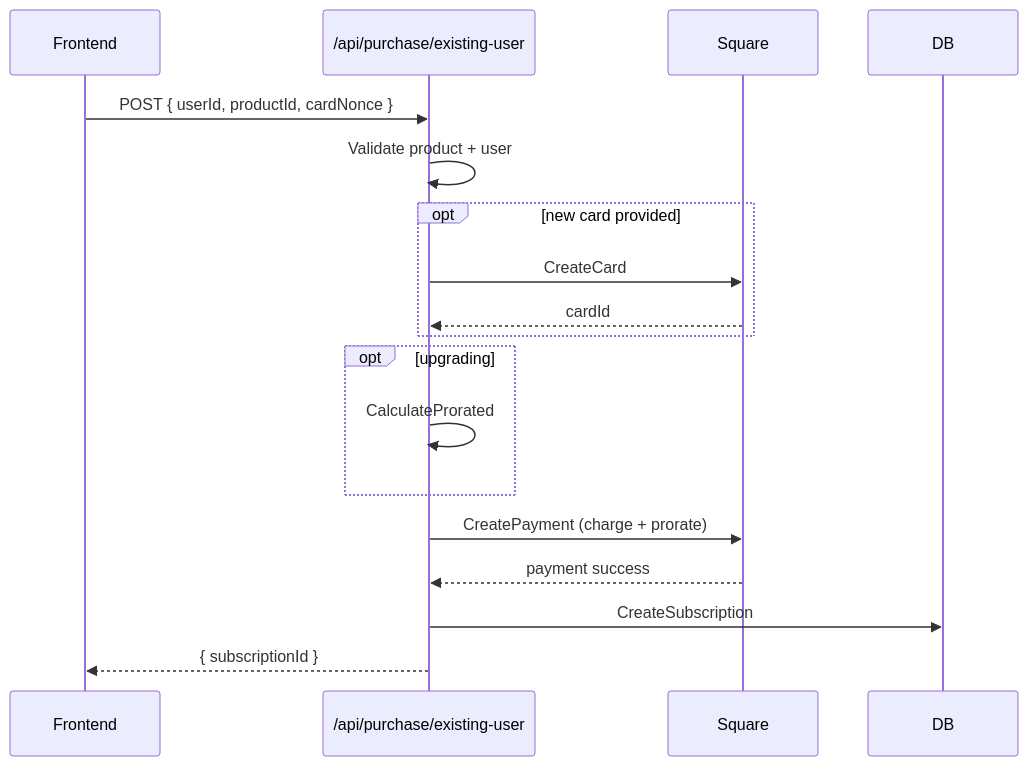
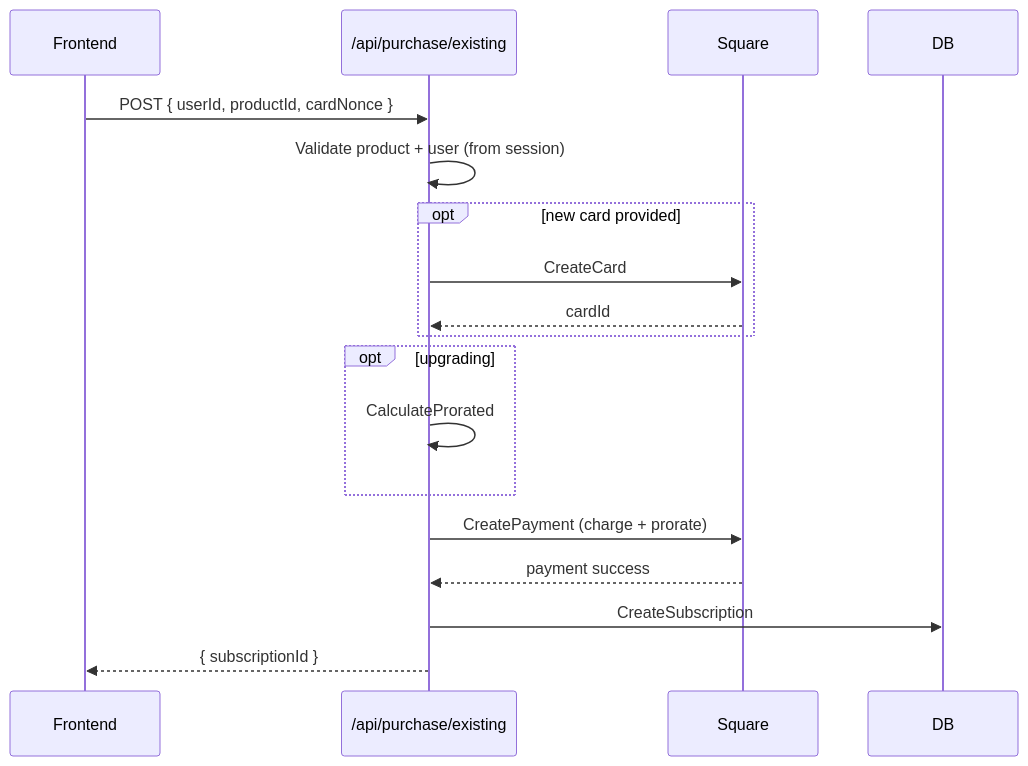
The second of 2 diagrams in docs/system/data-flows/purchase-flow.md (DBMGrow/cashoffers-billing), drawn with Mermaid before and after one commit. The commit also changed other lines of this file and 22 other files, not shown here.

First line of the commit message:
feat(subscription): implement payment-first architecture for new user purchases

````diff
--- a/docs/system/data-flows/purchase-flow.md
+++ b/docs/system/data-flows/purchase-flow.md
@@ -32,21 +65,21 @@
 ```mermaid
 sequenceDiagram
   participant FE as Frontend
-  participant API as /api/purchase/existing-user
+  participant API as /api/purchase/existing
   participant Square
   participant DB
 
   FE->>API: POST { userId, productId, cardNonce }
-  API->>API: Validate product + user
+  API->>API: Validate product + user (from session)
   opt new card provided
     API->>Square: CreateCard
     Square-->>API: cardId
   end
   opt upgrading
     API->>API: CalculateProrated
   end
   API->>Square: CreatePayment (charge + prorate)
   Square-->>API: payment success
   API->>DB: CreateSubscription
   API-->>FE: { subscriptionId }
 ```
````
